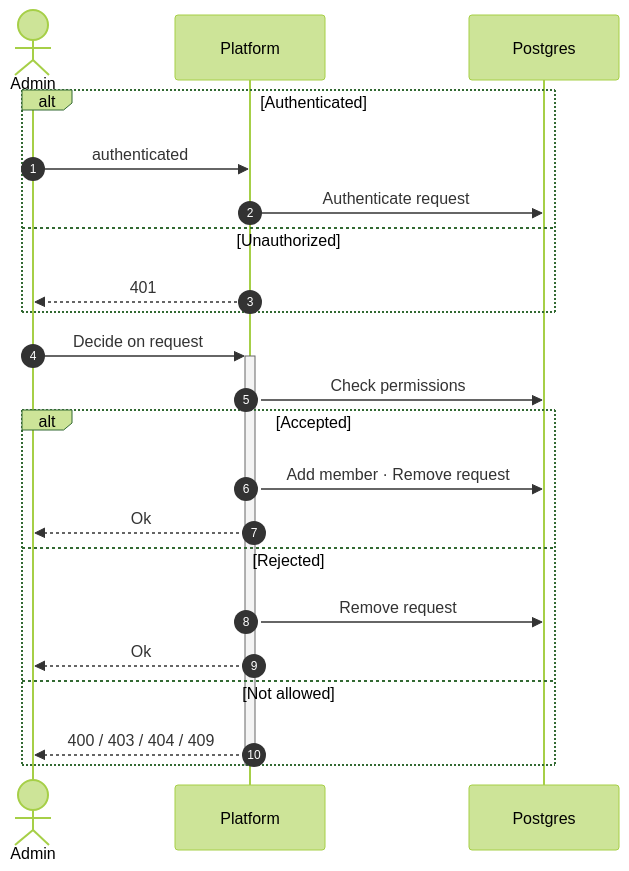
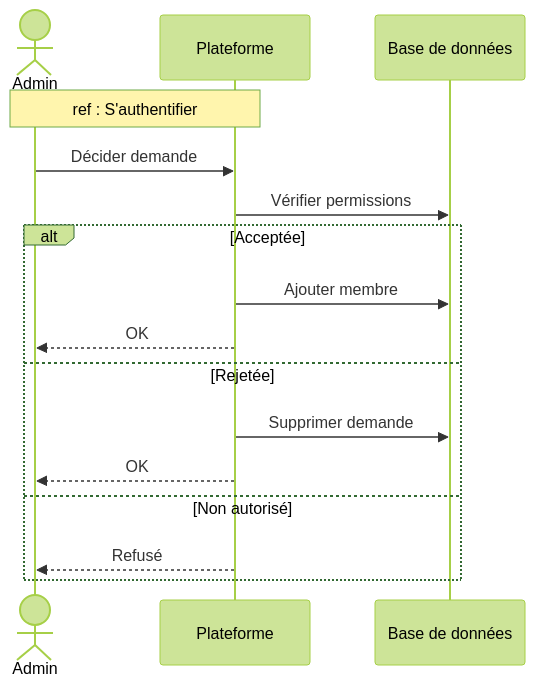
Before and after one commit to MohamedChebbi123/teamnest: the seventh of 16 diagrams in docs/SEQUENCE_DIAGRAMS.md, drawn with Mermaid (forest theme). The commit also changed other lines of this file, not shown here.

````diff
--- a/docs/SEQUENCE_DIAGRAMS.md
+++ b/docs/SEQUENCE_DIAGRAMS.md
@@ -244,27 +216,20 @@
 ```mermaid
 sequenceDiagram
-    autonumber
     actor Admin
-    participant API as Platform
-    participant DB as Postgres
+    participant API as Plateforme
+    participant DB as Base de données
 
-    alt Authenticated
-        Admin->>API: authenticated
-        API->>DB: Authenticate request
-    else Unauthorized
-        API-->>Admin: 401
+    Note over Admin,API: ref : S'authentifier
+
+    Admin->>API: Décider demande
+    API->>DB: Vérifier permissions
+    alt Acceptée
+        API->>DB: Ajouter membre
+        API-->>Admin: OK
+    else Rejetée
+        API->>DB: Supprimer demande
+        API-->>Admin: OK
+    else Non autorisé
+        API-->>Admin: Refusé
     end
-
-    Admin->>+API: Decide on request
-    API->>DB: Check permissions
-    alt Accepted
-        API->>DB: Add member · Remove request
-        API-->>Admin: Ok
-    else Rejected
-        API->>DB: Remove request
-        API-->>Admin: Ok
-    else Not allowed
-        API-->>Admin: 400 / 403 / 404 / 409
-    end
-    deactivate API
 ```
````
